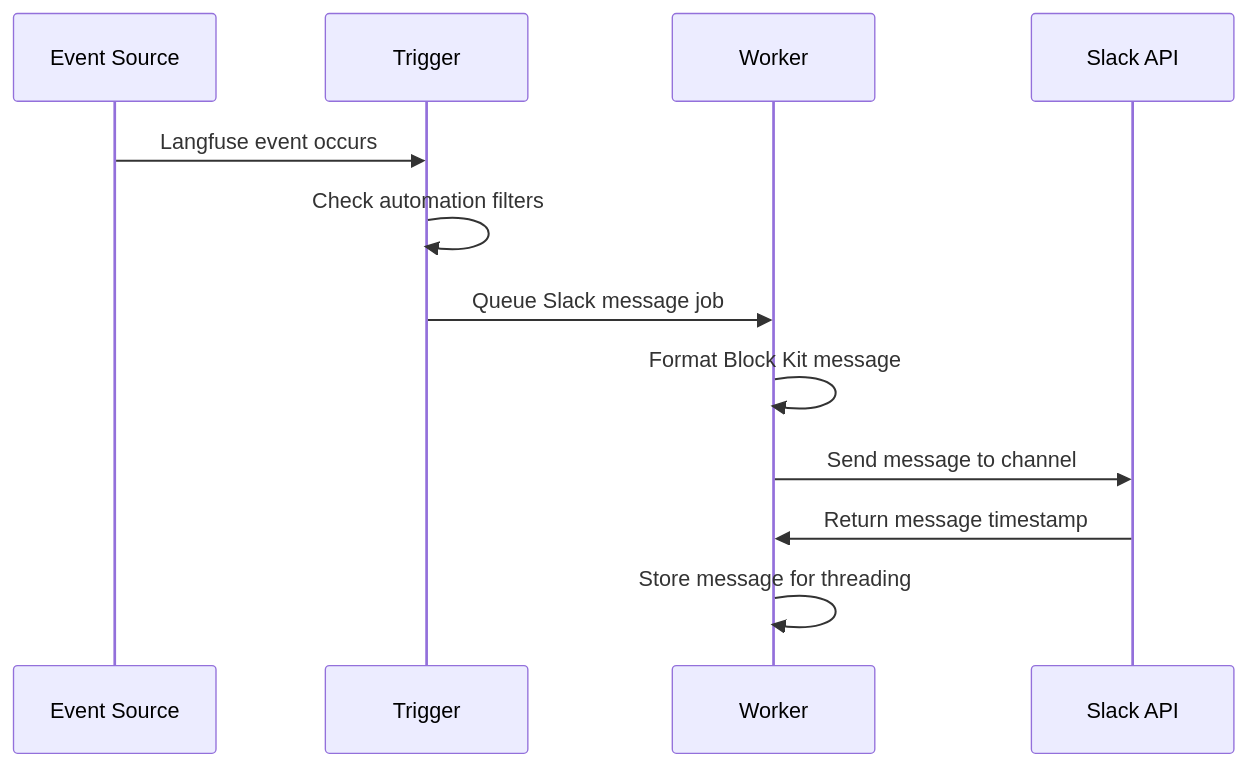
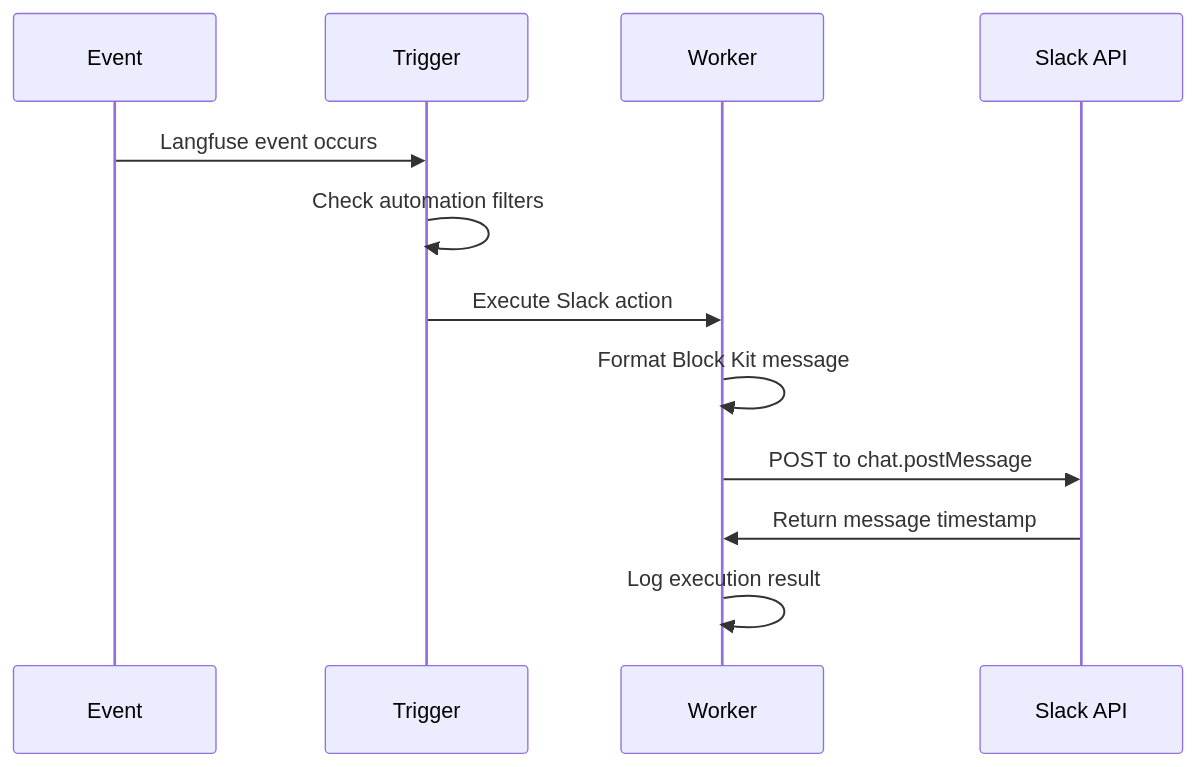
One commit to langfuse/langfuse changed the second of 2 diagrams in .work/slack-integration-tech-spec.md. Above: the diagram before and after it, drawn with Mermaid. The commit also changed other lines of this file and 1 other file, not shown here.

````diff
--- a/.work/slack-integration-tech-spec.md
+++ b/.work/slack-integration-tech-spec.md
@@ -844,15 +707,15 @@
 ```mermaid
 sequenceDiagram
-    participant E as Event Source
+    participant E as Event
     participant T as Trigger
     participant W as Worker
     participant S as Slack API
     
     E->>T: Langfuse event occurs
     T->>T: Check automation filters
-    T->>W: Queue Slack message job
+    T->>W: Execute Slack action
     W->>W: Format Block Kit message
-    W->>S: Send message to channel
+    W->>S: POST to chat.postMessage
     S->>W: Return message timestamp
-    W->>W: Store message for threading
+    W->>W: Log execution result
 ```
````
